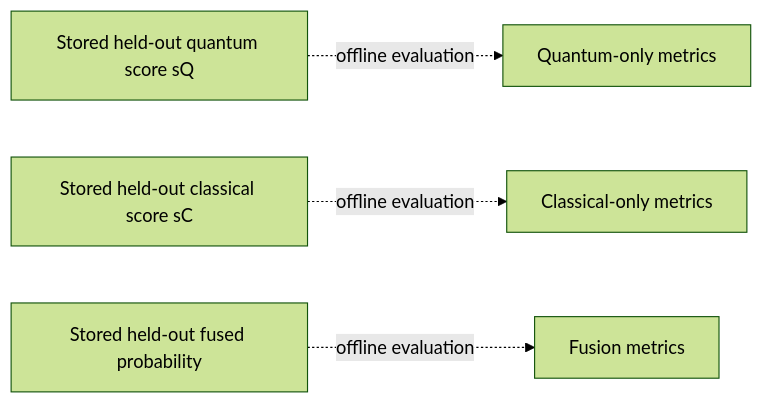
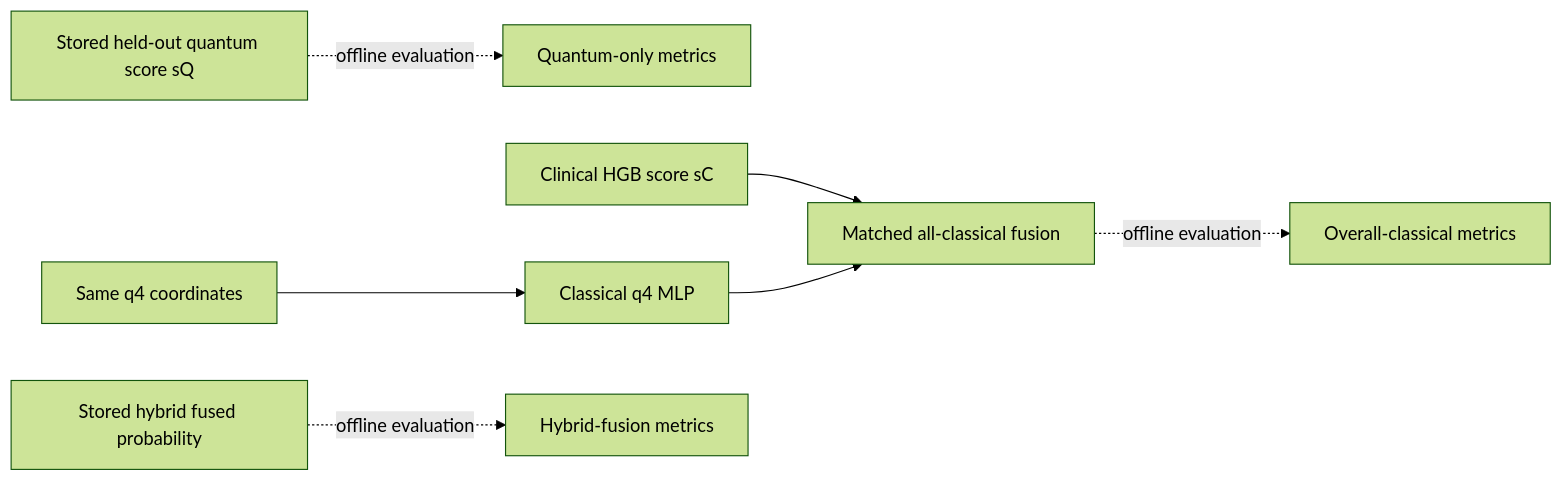
The second of 2 diagrams in docs/final_dual_route_requirement_audit_and_architecture_2026-09-27.md (GaneshJamadar369/Quantum-ML-hybrid), drawn with Mermaid (forest theme) before and after one commit. The commit also changed other lines of this file and 3 other files, not shown here.

Commit message:
Correct overall classical comparison

````diff
--- a/docs/final_dual_route_requirement_audit_and_architecture_2026-09-27.md
+++ b/docs/final_dual_route_requirement_audit_and_architecture_2026-09-27.md
@@ -77,6 +78,9 @@
 ```mermaid
 flowchart LR
     SQ[Stored held-out quantum score sQ] -. offline evaluation .-> QO[Quantum-only metrics]
-    SC[Stored held-out classical score sC] -. offline evaluation .-> CO[Classical-only metrics]
-    SF[Stored held-out fused probability] -. offline evaluation .-> FO[Fusion metrics]
+    Q4[Same q4 coordinates] --> MLP[Classical q4 MLP]
+    SC[Clinical HGB score sC] --> CF[Matched all-classical fusion]
+    MLP --> CF
+    CF -. offline evaluation .-> CO[Overall-classical metrics]
+    SF[Stored hybrid fused probability] -. offline evaluation .-> FO[Hybrid-fusion metrics]
 ```
````
